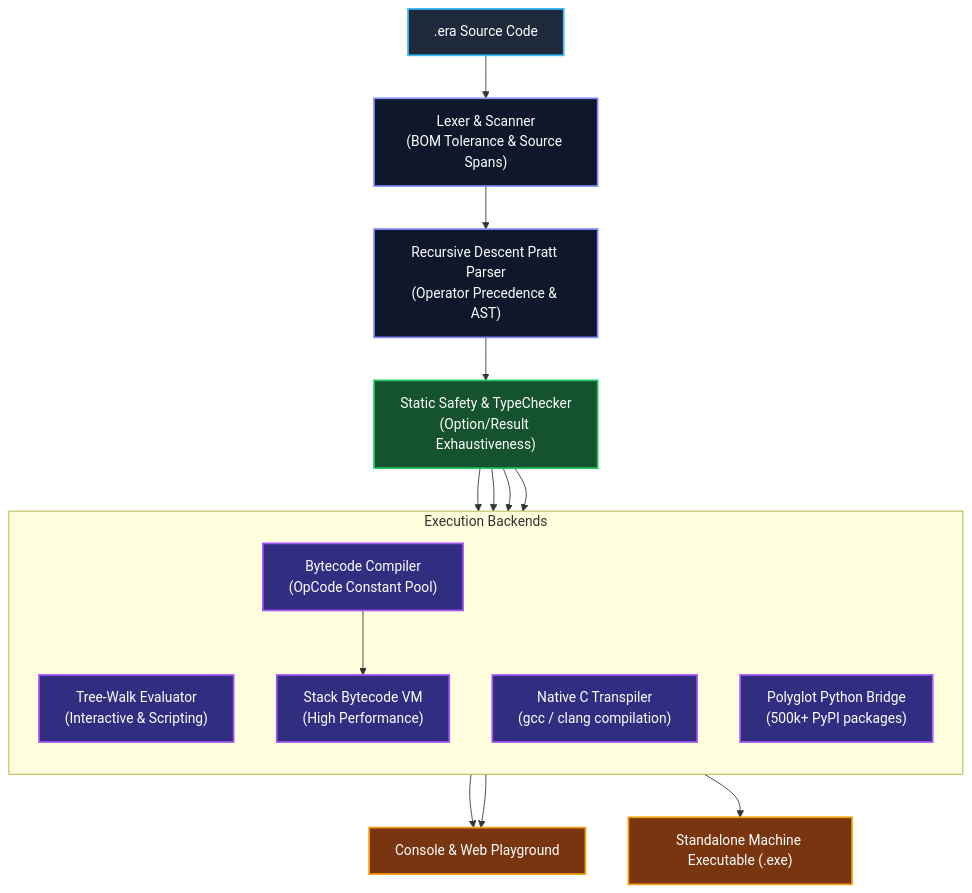
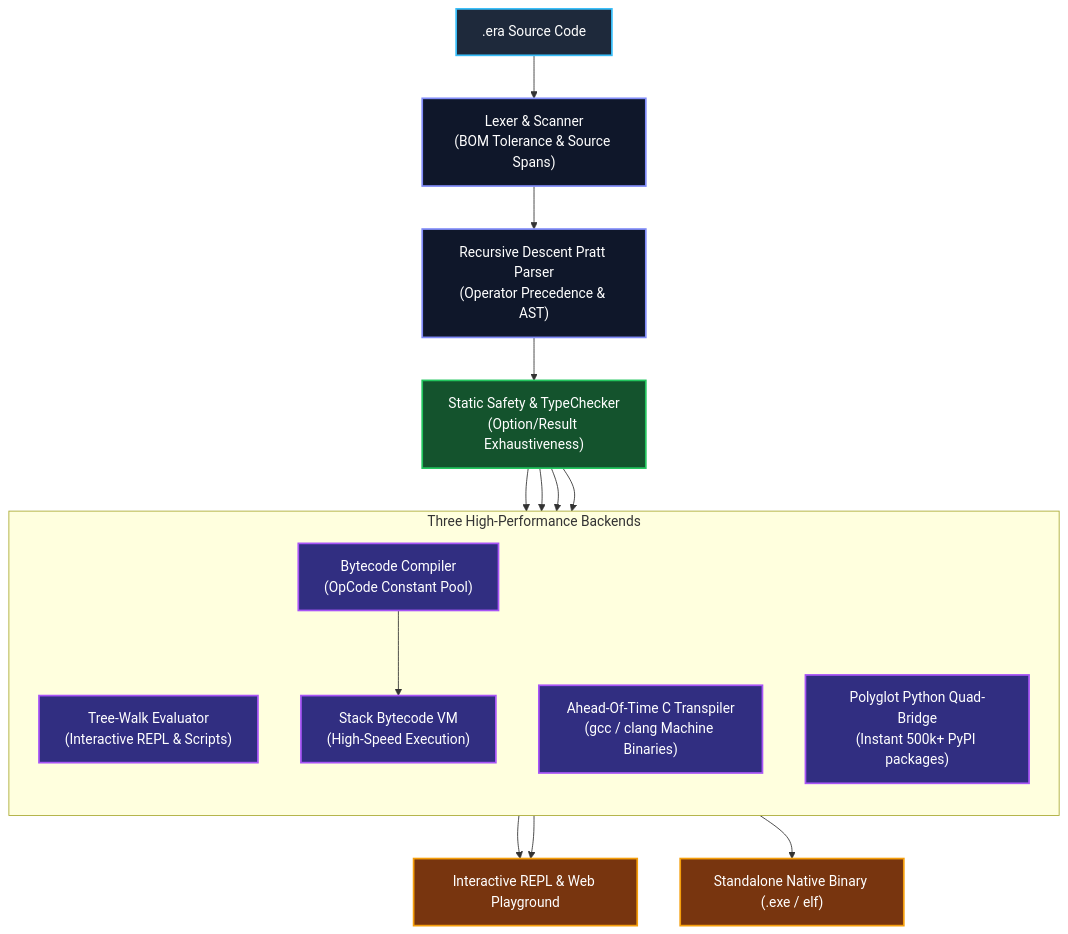
Before and after one commit to rahulvpd/eralang: the diagram in README.md, drawn with Mermaid. The commit also changed other lines of this file and 4 other files, not shown here.

````diff
--- a/README.md
+++ b/README.md
@@ -34,34 +82,34 @@
 ```mermaid
 flowchart TD
     %% Styling
     classDef src fill:#1e293b,stroke:#38bdf8,stroke-width:2px,color:#fff
     classDef front fill:#0f172a,stroke:#818cf8,stroke-width:2px,color:#fff
     classDef safety fill:#14532d,stroke:#22c55e,stroke-width:2px,color:#fff
     classDef back fill:#312e81,stroke:#a855f7,stroke-width:2px,color:#fff
     classDef target fill:#78350f,stroke:#f59e0b,stroke-width:2px,color:#fff
 
     Source[".era Source Code"]:::src
     Lexer["Lexer & Scanner<br/>(BOM Tolerance & Source Spans)"]:::front
     Parser["Recursive Descent Pratt Parser<br/>(Operator Precedence & AST)"]:::front
     TypeChecker["Static Safety & TypeChecker<br/>(Option/Result Exhaustiveness)"]:::safety
 
     Source --> Lexer --> Parser --> TypeChecker
 
-    subgraph Backends ["Execution Backends"]
+    subgraph Backends ["Three High-Performance Backends"]
         direction TB
-        Eval["Tree-Walk Evaluator<br/>(Interactive & Scripting)"]:::back
+        Eval["Tree-Walk Evaluator<br/>(Interactive REPL & Scripts)"]:::back
         Compiler["Bytecode Compiler<br/>(OpCode Constant Pool)"]:::back
-        VM["Stack Bytecode VM<br/>(High Performance)"]:::back
-        CTranspiler["Native C Transpiler<br/>(gcc / clang compilation)"]:::back
-        PyBridge["Polyglot Python Bridge<br/>(500k+ PyPI packages)"]:::back
+        VM["Stack Bytecode VM<br/>(High-Speed Execution)"]:::back
+        CTranspiler["Ahead-Of-Time C Transpiler<br/>(gcc / clang Machine Binaries)"]:::back
+        PyBridge["Polyglot Python Quad-Bridge<br/>(Instant 500k+ PyPI packages)"]:::back
     end
 
     TypeChecker --> Eval
     TypeChecker --> Compiler --> VM
     TypeChecker --> CTranspiler
     TypeChecker --> PyBridge
 
-    Eval --> CLI["Console & Web Playground"]:::target
+    Eval --> CLI["Interactive REPL & Web Playground"]:::target
     VM --> CLI
-    CTranspiler --> Binary["Standalone Machine Executable (.exe)"]:::target
+    CTranspiler --> Binary["Standalone Native Binary (.exe / elf)"]:::target
 ```
````
